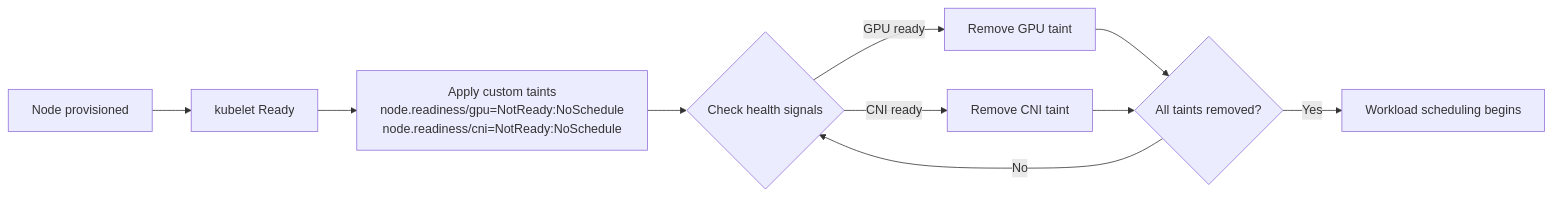
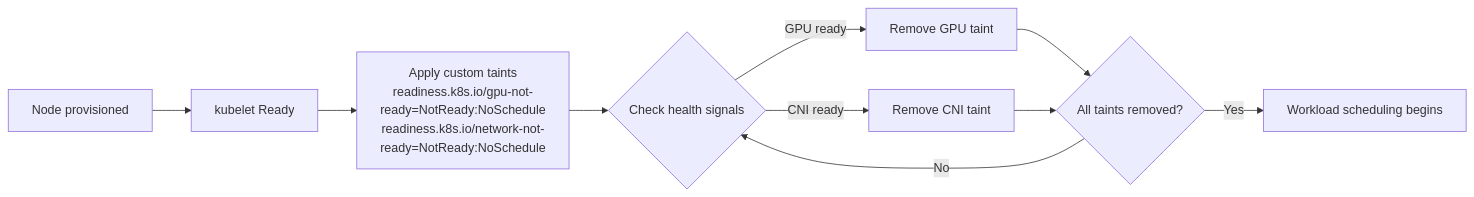
One commit to devfloor9/engineering-playbook changed the second of 2 diagrams in docs/eks-best-practices/operations-reliability/eks-debugging/node.md. Above: the diagram before and after it, drawn with Mermaid. The commit also changed other lines of this file and 5 other files, not shown here.

````diff
--- a/docs/eks-best-practices/operations-reliability/eks-debugging/node.md
+++ b/docs/eks-best-practices/operations-reliability/eks-debugging/node.md
@@ -274,12 +274,12 @@
 ```mermaid
 flowchart LR
     A[Node provisioned] --> B[kubelet Ready]
-    B --> C[Apply custom taints<br/>node.readiness/gpu=NotReady:NoSchedule<br/>node.readiness/cni=NotReady:NoSchedule]
+    B --> C[Apply custom taints<br/>readiness.k8s.io/gpu-not-ready=NotReady:NoSchedule<br/>readiness.k8s.io/network-not-ready=NotReady:NoSchedule]
     C --> D{Check health signals}
     D -->|GPU ready| E[Remove GPU taint]
     D -->|CNI ready| F[Remove CNI taint]
     E --> G{All taints removed?}
     F --> G
     G -->|Yes| H[Workload scheduling begins]
     G -->|No| D
 ```
````
